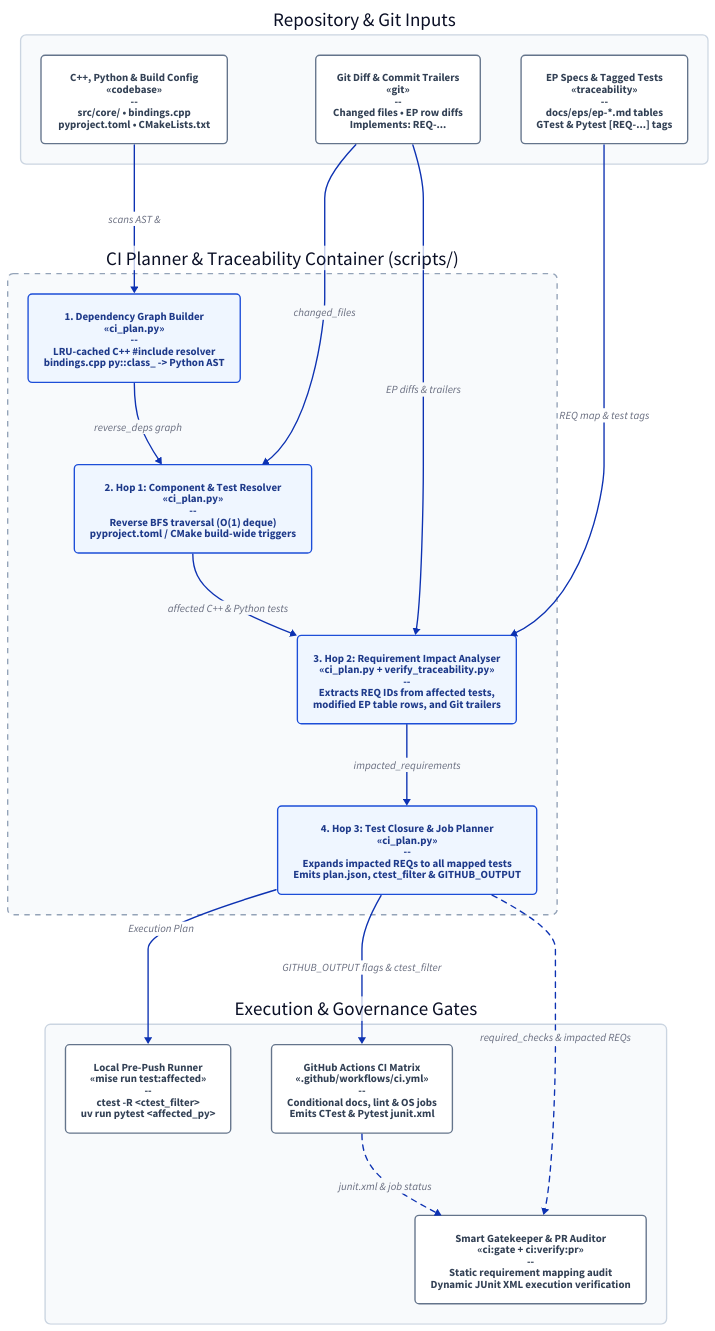
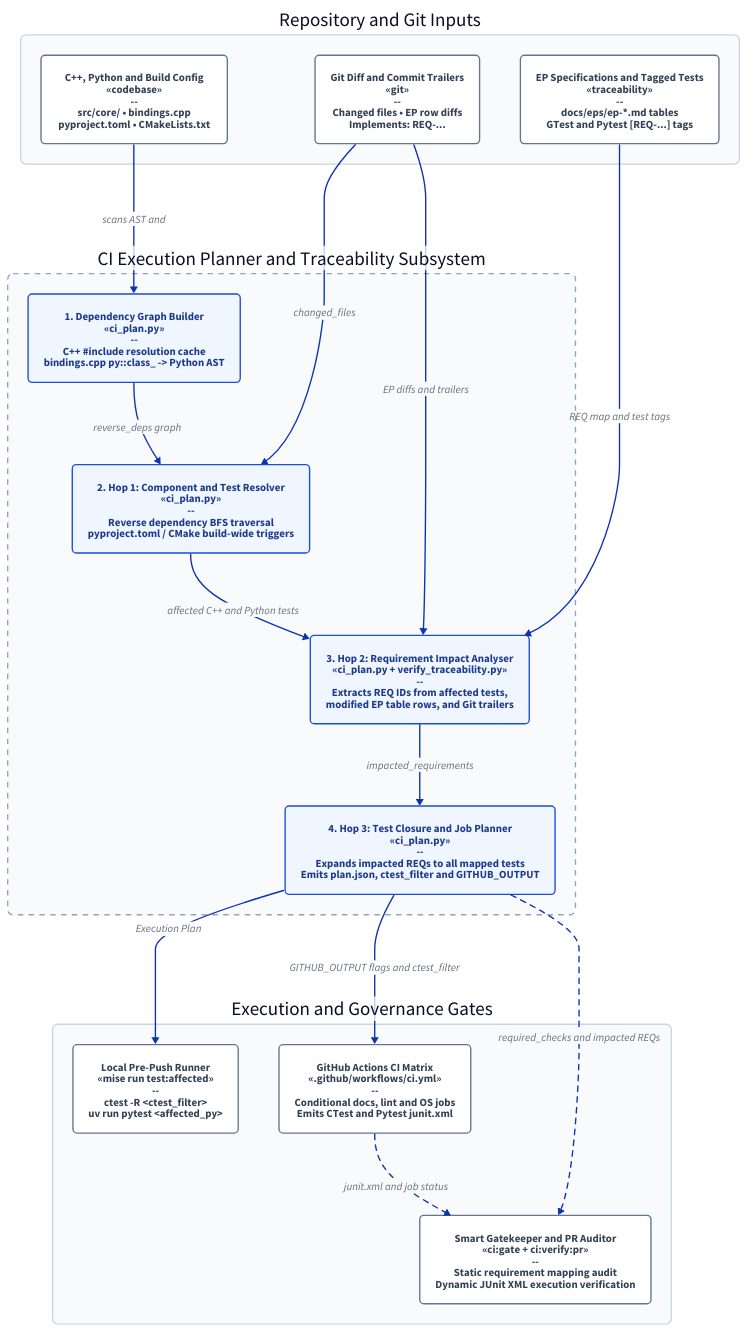
One commit to pauldruce/RFL changed the diagram in docs/eps/images/ep5_ci_planner_c4.d2. Above: the diagram before and after it, drawn with D2. The commit also changed 2 other files, not shown here.

Commit message:
docs(ep-5): elevate specification from implementation trivia to architectural contracts
- Refactor Sections 1, 2, and 3 to eliminate solution-space script paths and task descriptions
- Define requirements as architectural contracts and operational invariants
- Remove low-level micro-optimisation trivia (LRU cache and deque BFS) from Section 5.1 and C4 diagram
- Replace stray ampersands across headings, captions, and prose with 'and'
- Recompile C4 SVG diagram cleanly with pinned D2 0.8.2

Implements: REQ-TRC-005, REQ-TRC-006

```diff
--- a/docs/eps/images/ep5_ci_planner_c4.d2
+++ b/docs/eps/images/ep5_ci_planner_c4.d2
@@ -1,110 +1,110 @@
-# RFL CI Execution Planner & Two-Hop Impact Analyser (C4 Component Diagram)
+# RFL CI Execution Planner and Two-Hop Impact Analyser (C4 Component Diagram)
 # Regenerate SVG: python3 scripts/check_d2_images.py --fix
 
 direction: down
 
-inputs: "Repository & Git Inputs" {
+inputs: "Repository and Git Inputs" {
   style: {
     fill: "#f8fafc"
     stroke: "#cbd5e1"
     stroke-width: 2
     border-radius: 8
   }
 
-  git_diff: "Git Diff & Commit Trailers\n«git»\n--\nChanged files • EP row diffs\nImplements: REQ-..." {
+  git_diff: "Git Diff and Commit Trailers\n«git»\n--\nChanged files • EP row diffs\nImplements: REQ-..." {
     class: external_system
   }
 
-  codebase: "C++, Python & Build Config\n«codebase»\n--\nsrc/core/ • bindings.cpp\npyproject.toml • CMakeLists.txt" {
+  codebase: "C++, Python and Build Config\n«codebase»\n--\nsrc/core/ • bindings.cpp\npyproject.toml • CMakeLists.txt" {
     class: external_system
   }
 
-  specs: "EP Specs & Tagged Tests\n«traceability»\n--\ndocs/eps/ep-*.md tables\nGTest & Pytest [REQ-...] tags" {
+  specs: "EP Specifications and Tagged Tests\n«traceability»\n--\ndocs/eps/ep-*.md tables\nGTest and Pytest [REQ-...] tags" {
     class: external_system
   }
 }
 
-planner: "CI Planner & Traceability Container (scripts/)" {
+planner: "CI Execution Planner and Traceability Subsystem" {
   style: {
     fill: "#f8fafc"
     stroke: "#94a3b8"
     stroke-width: 2
     stroke-dash: 4
     border-radius: 8
   }
 
-  graph_builder: "1. Dependency Graph Builder\n«ci_plan.py»\n--\nLRU-cached C++ #include resolver\nbindings.cpp py::class_ -> Python AST" {
+  graph_builder: "1. Dependency Graph Builder\n«ci_plan.py»\n--\nC++ #include resolution cache\nbindings.cpp py::class_ -> Python AST" {
     class: internal_component
   }
 
-  hop1: "2. Hop 1: Component & Test Resolver\n«ci_plan.py»\n--\nReverse BFS traversal (O(1) deque)\npyproject.toml / CMake build-wide triggers" {
+  hop1: "2. Hop 1: Component and Test Resolver\n«ci_plan.py»\n--\nReverse dependency BFS traversal\npyproject.toml / CMake build-wide triggers" {
     class: internal_component
   }
 
   hop2: "3. Hop 2: Requirement Impact Analyser\n«ci_plan.py + verify_traceability.py»\n--\nExtracts REQ IDs from affected tests,\nmodified EP table rows, and Git trailers" {
     class: internal_component
   }
 
-  hop3: "4. Hop 3: Test Closure & Job Planner\n«ci_plan.py»\n--\nExpands impacted REQs to all mapped tests\nEmits plan.json, ctest_filter & GITHUB_OUTPUT" {
+  hop3: "4. Hop 3: Test Closure and Job Planner\n«ci_plan.py»\n--\nExpands impacted REQs to all mapped tests\nEmits plan.json, ctest_filter and GITHUB_OUTPUT" {
     class: internal_component
   }
 
   graph_builder -> hop1: reverse_deps graph
-  hop1 -> hop2: affected C++ & Python tests
+  hop1 -> hop2: affected C++ and Python tests
   hop2 -> hop3: impacted_requirements
 }
 
-consumers: "Execution & Governance Gates" {
+consumers: "Execution and Governance Gates" {
   style: {
     fill: "#f8fafc"
     stroke: "#cbd5e1"
     stroke-width: 2
     border-radius: 8
   }
 
   local_gate: "Local Pre-Push Runner\n«mise run test:affected»\n--\nctest -R <ctest_filter>\nuv run pytest <affected_py>" {
     class: external_system
   }
 
-  ci_jobs: "GitHub Actions CI Matrix\n«.github/workflows/ci.yml»\n--\nConditional docs, lint & OS jobs\nEmits CTest & Pytest junit.xml" {
+  ci_jobs: "GitHub Actions CI Matrix\n«.github/workflows/ci.yml»\n--\nConditional docs, lint and OS jobs\nEmits CTest and Pytest junit.xml" {
     class: external_system
   }
 
-  gatekeeper: "Smart Gatekeeper & PR Auditor\n«ci:gate + ci:verify:pr»\n--\nStatic requirement mapping audit\nDynamic JUnit XML execution verification" {
+  gatekeeper: "Smart Gatekeeper and PR Auditor\n«ci:gate + ci:verify:pr»\n--\nStatic requirement mapping audit\nDynamic JUnit XML execution verification" {
     class: external_system
   }
 
-  ci_jobs -> gatekeeper: junit.xml & job status {style.stroke-dash: 4}
+  ci_jobs -> gatekeeper: junit.xml and job status {style.stroke-dash: 4}
 }
 
 # Cross-boundary relationships
-inputs.codebase -> planner.graph_builder: scans AST & #includes
+inputs.codebase -> planner.graph_builder: scans AST and #includes
 inputs.git_diff -> planner.hop1: changed_files
-inputs.git_diff -> planner.hop2: EP diffs & trailers
-inputs.specs -> planner.hop2: REQ map & test tags
+inputs.git_diff -> planner.hop2: EP diffs and trailers
+inputs.specs -> planner.hop2: REQ map and test tags
 
 planner.hop3 -> consumers.local_gate: Execution Plan
-planner.hop3 -> consumers.ci_jobs: GITHUB_OUTPUT flags & ctest_filter
-planner.hop3 -> consumers.gatekeeper: required_checks & impacted REQs {style.stroke-dash: 4}
+planner.hop3 -> consumers.ci_jobs: GITHUB_OUTPUT flags and ctest_filter
+planner.hop3 -> consumers.gatekeeper: required_checks and impacted REQs {style.stroke-dash: 4}
 
 # C4 Styling Palette
 classes: {
   internal_component: {
     style: {
       fill: "#eff6ff"
       stroke: "#1d4ed8"
       stroke-width: 2
       border-radius: 6
       font-color: "#1e3a8a"
     }
   }
   external_system: {
     style: {
       fill: "#ffffff"
       stroke: "#64748b"
       stroke-width: 2
       border-radius: 6
       font-color: "#334155"
     }
   }
 }
```
